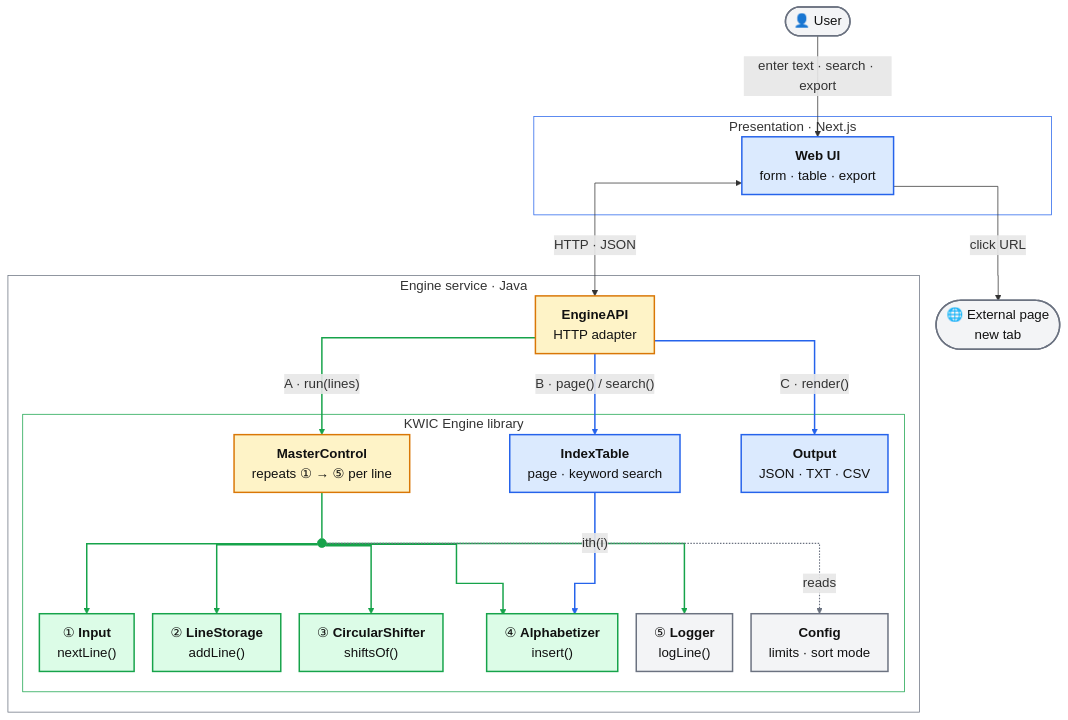
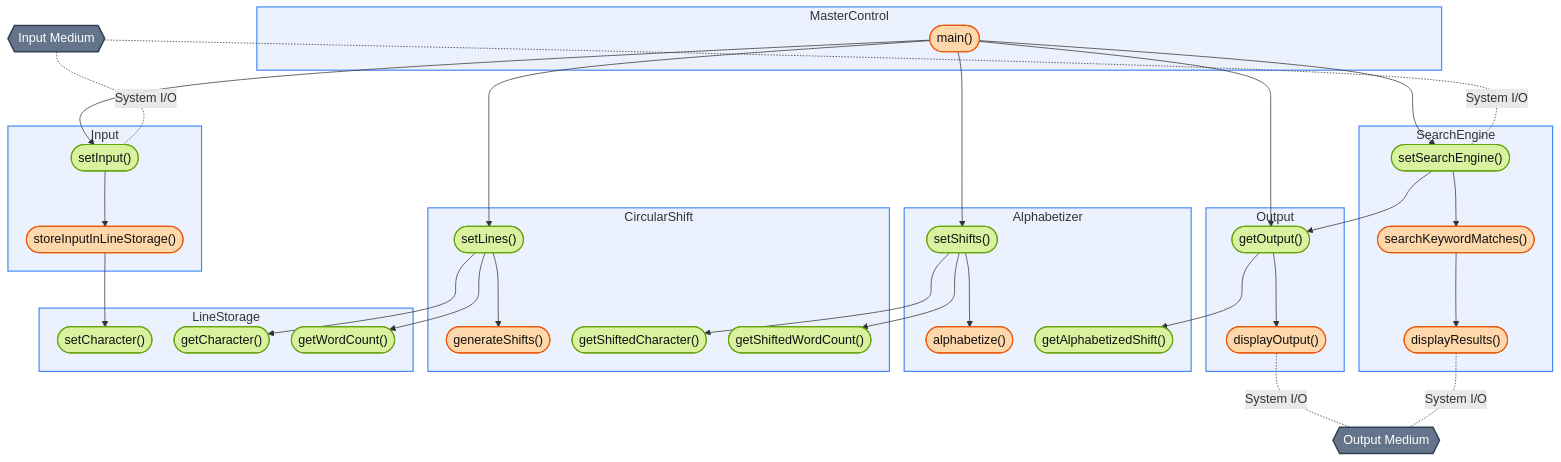
One commit to sinamoghtased/advanced-sw-prjct changed the first of 3 diagrams in search-engine/docs/Arch-design-decisions.md. Above: the diagram before and after it, drawn with Mermaid. The commit also changed other lines of this file and 2 other files, not shown here.

First line of the commit message:
docs: align SRS and architecture doc with the design presentation

````diff
--- a/search-engine/docs/Arch-design-decisions.md
+++ b/search-engine/docs/Arch-design-decisions.md
@@ -37,63 +79,90 @@
 ```mermaid
-%%{init: {"themeVariables": {"fontSize": "18px"}, "flowchart": {"curve": "stepAfter", "nodeSpacing": 25, "rankSpacing": 55, "padding": 12}}}%%
+%%{init: {"themeVariables": {"fontSize": "17px"}, "flowchart": {"curve": "basis", "nodeSpacing": 30, "rankSpacing": 50, "padding": 10}}}%%
 flowchart TB
-    User(["👤 User"])
+    IM{{"Input Medium"}}
 
-    subgraph P["Presentation · Next.js"]
-        UI["<b>Web UI</b><br/>form · table · export"]
-    end
-    Ext(["🌐 External page<br/>new tab"])
-
-    subgraph S["Engine service · Java"]
-        API["<b>EngineAPI</b><br/>HTTP adapter"]
-
-        subgraph E["KWIC Engine library"]
-            MC["<b>MasterControl</b><br/>repeats ① → ⑤ per line"]
-            J(( ))
-            IN["① <b>Input</b><br/>nextLine()"]
-            LS["② <b>LineStorage</b><br/>addLine()"]
-            CS["③ <b>CircularShifter</b><br/>shiftsOf()"]
-            AL["④ <b>Alphabetizer</b><br/>insert()"]
-            LG["⑤ <b>Logger</b><br/>logLine()"]
-            CFG["<b>Config</b><br/>limits · sort mode"]
-            IT["<b>IndexTable</b><br/>page · keyword search"]
-            OUT["<b>Output</b><br/>JSON · TXT · CSV"]
-        end
+    subgraph MCg["MasterControl"]
+        main(["main()"])
     end
 
-    User -->|"enter text · search · export"| UI
-    UI -->|"click URL"| Ext
-    UI <-->|"HTTP · JSON"| API
+    subgraph SEg["SearchEngine"]
+        setSE(["setSearchEngine()"])
+        search(["searchKeywordMatches()"])
+        results(["displayResults()"])
+    end
 
-    API -->|"A · run(lines)"| MC
-    MC --- J
-    J --> IN
-    J --> LS
-    J --> CS
-    J --> AL
-    J --> LG
-    J -.->|"reads"| CFG
+    subgraph OUTg["Output"]
+        getOut(["getOutput()"])
+        dispOut(["displayOutput()"])
+    end
 
-    API -->|"B · page() / search()"| IT
-    IT --->|"ith(i)"| AL
-    API -->|"C · render()"| OUT
+    subgraph INg["Input"]
+        setIn(["setInput()"])
+        store(["storeInputInLineStorage()"])
+    end
 
-    linkStyle 3,4,5,6,7,8,9 stroke:#16a34a,stroke-width:2px
-    linkStyle 10 stroke:#6b7280,stroke-width:1.5px
-    linkStyle 11,12,13 stroke:#2563eb,stroke-width:2px
+    subgraph ALg["Alphabetizer"]
+        setSh(["setShifts()"])
+        alpha(["alphabetize()"])
+        getAl(["getAlphabetizedShift()"])
+    end
 
-    classDef control fill:#fef3c7,stroke:#d97706,stroke-width:2px,color:#111
-    classDef build fill:#dcfce7,stroke:#16a34a,stroke-width:2px,color:#111
-    classDef serve fill:#dbeafe,stroke:#2563eb,stroke-width:2px,color:#111
-    classDef support fill:#f3f4f6,stroke:#6b7280,stroke-width:2px,color:#111
-    classDef junction fill:#16a34a,stroke:#16a34a
-    class API,MC control
-    class IN,LS,CS,AL build
-    class UI,IT,OUT serve
-    class LG,CFG,User,Ext support
-    class J junction
+    subgraph CSg["CircularShift"]
+        setL(["setLines()"])
+        gen(["generateShifts()"])
+        gsc(["getShiftedCharacter()"])
+        gswc(["getShiftedWordCount()"])
+    end
 
-    style P fill:none,stroke:#2563eb
-    style S fill:none,stroke:#6b7280
-    style E fill:none,stroke:#16a34a
+    subgraph LSg["LineStorage"]
+        setC(["setCharacter()"])
+        getC(["getCharacter()"])
+        getW(["getWordCount()"])
+    end
+
+    OM{{"Output Medium"}}
+
+    main --> setIn
+    main --> setL
+    main --> setSh
+    main --> getOut
+    main --> setSE
+
+    setIn --> store
+    store --> setC
+
+    setL --> getC
+    setL --> getW
+    setL --> gen
+
+    setSh --> gsc
+    setSh --> gswc
+    setSh --> alpha
+
+    getOut --> getAl
+    getOut --> dispOut
+
+    setSE --> getOut
+    setSE --> search
+    search --> results
+
+    IM -. "System I/O" .- setIn
+    IM -. "System I/O" .- setSE
+    dispOut -. "System I/O" .- OM
+    results -. "System I/O" .- OM
+
+    classDef pub fill:#d9f2a0,stroke:#65a30d,stroke-width:1.5px,color:#111
+    classDef priv fill:#fed7aa,stroke:#ea580c,stroke-width:1.5px,color:#111
+    classDef medium fill:#64748b,stroke:#334155,stroke-width:2px,color:#fff
+    class setSE,getOut,setIn,setSh,getAl,setL,gsc,gswc,setC,getC,getW pub
+    class main,search,results,dispOut,store,alpha,gen priv
+    class IM,OM medium
+
+    style MCg fill:#3b82f61a,stroke:#3b82f6,stroke-width:1.5px
+    style SEg fill:#3b82f61a,stroke:#3b82f6,stroke-width:1.5px
+    style OUTg fill:#3b82f61a,stroke:#3b82f6,stroke-width:1.5px
+    style INg fill:#3b82f61a,stroke:#3b82f6,stroke-width:1.5px
+    style ALg fill:#3b82f61a,stroke:#3b82f6,stroke-width:1.5px
+    style CSg fill:#3b82f61a,stroke:#3b82f6,stroke-width:1.5px
+    style LSg fill:#3b82f61a,stroke:#3b82f6,stroke-width:1.5px
 ```
````
